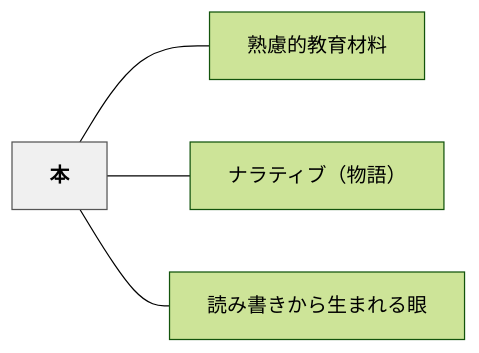
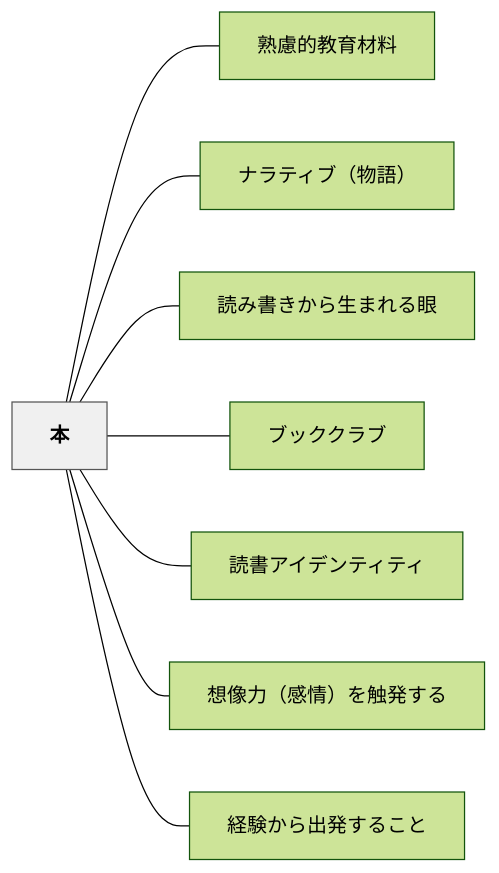
The diagram in content/パタン/本.md (unknownthings-ed-patterns/unknownthings-ed-patterns), drawn with Mermaid (forest theme) before and after one commit. The commit also changed other lines of this file and 36 other files, not shown here.

````diff
--- a/content/パタン/本.md
+++ b/content/パタン/本.md
@@ -44,14 +48,22 @@
 ```mermaid
 flowchart LR
     ne69cac["本"]
     ne7869fe685aee79a84e69599e882b2e69d90e69699["熟慮的教育材料"]
     ne3838ae383a9e38386e382a3e38396efbc88e789a9e8aa9eefbc89["ナラティブ（物語）"]
     ne8aaade381bfe69bb8e3818de3818be38289e7949fe381bee3828ce3828be79cbc["読み書きから生まれる眼"]
+    ne38396e38383e382afe382afe383a9e38396["ブッククラブ"]
+    ne8aaade69bb8e382a2e382a4e38387e383b3e38386e382a3e38386e382a3["読書アイデンティティ"]
+    ne683b3e5838fe58a9befbc88e6849fe68385efbc89e38292e8a7a6e799bae38199e3828b["想像力（感情）を触発する"]
+    ne7b58ce9a893e3818be38289e587bae799bae38199e3828be38193e381a8["経験から出発すること"]
 
     ne69cac --- ne7869fe685aee79a84e69599e882b2e69d90e69699
     ne69cac --- ne3838ae383a9e38386e382a3e38396efbc88e789a9e8aa9eefbc89
     ne69cac --- ne8aaade381bfe69bb8e3818de3818be38289e7949fe381bee3828ce3828be79cbc
+    ne69cac --- ne38396e38383e382afe382afe383a9e38396
+    ne69cac --- ne8aaade69bb8e382a2e382a4e38387e383b3e38386e382a3e38386e382a3
+    ne69cac --- ne683b3e5838fe58a9befbc88e6849fe68385efbc89e38292e8a7a6e799bae38199e3828b
+    ne69cac --- ne7b58ce9a893e3818be38289e587bae799bae38199e3828be38193e381a8
 
     classDef hub fill:#f0f0f0,stroke:#555,color:#000,font-weight:bold
     class ne69cac hub
 ```
````
